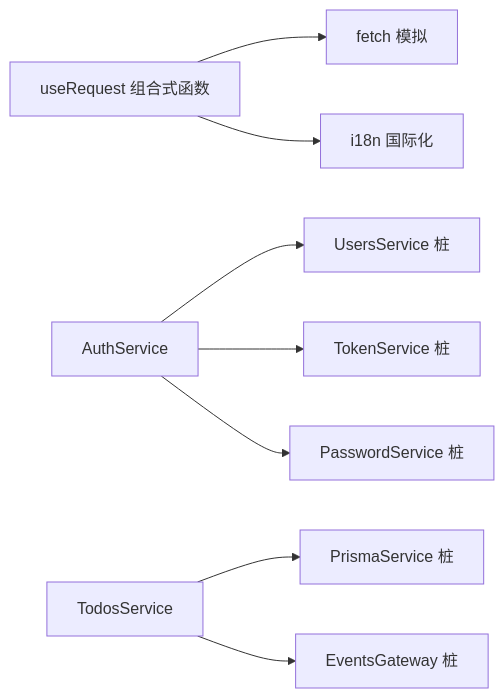
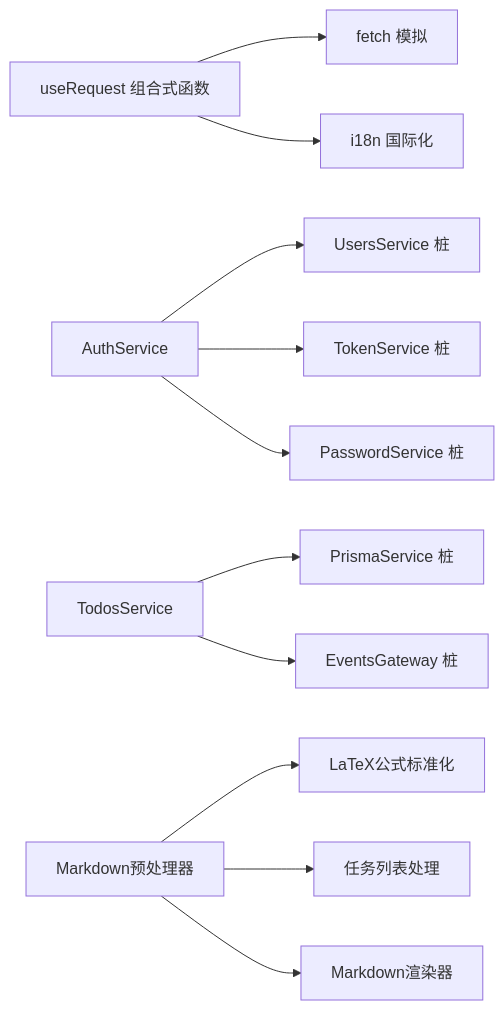
Before and after one commit to xixixiaoyu/Todo: the sixth of 6 diagrams in .qoder/repowiki/zh/content/测试策略/单元测试.md, drawn with Mermaid. The commit also changed other lines of this file and 2 other files, not shown here.

````diff
--- a/.qoder/repowiki/zh/content/测试策略/单元测试.md
+++ b/.qoder/repowiki/zh/content/测试策略/单元测试.md
@@ -299,10 +364,13 @@
 ```mermaid
 graph LR
 U["useRequest 组合式函数"] --> F["fetch 模拟"]
 U --> L["i18n 国际化"]
 AC["AuthService"] --> US["UsersService 桩"]
 AC --> TS["TokenService 桩"]
 AC --> PS["PasswordService 桩"]
 TD["TodosService"] --> PR["PrismaService 桩"]
 TD --> EG["EventsGateway 桩"]
+MP["Markdown预处理器"] --> PP["LaTeX公式标准化"]
+MP --> TL["任务列表处理"]
+MP --> MR["Markdown渲染器"]
 ```
````
